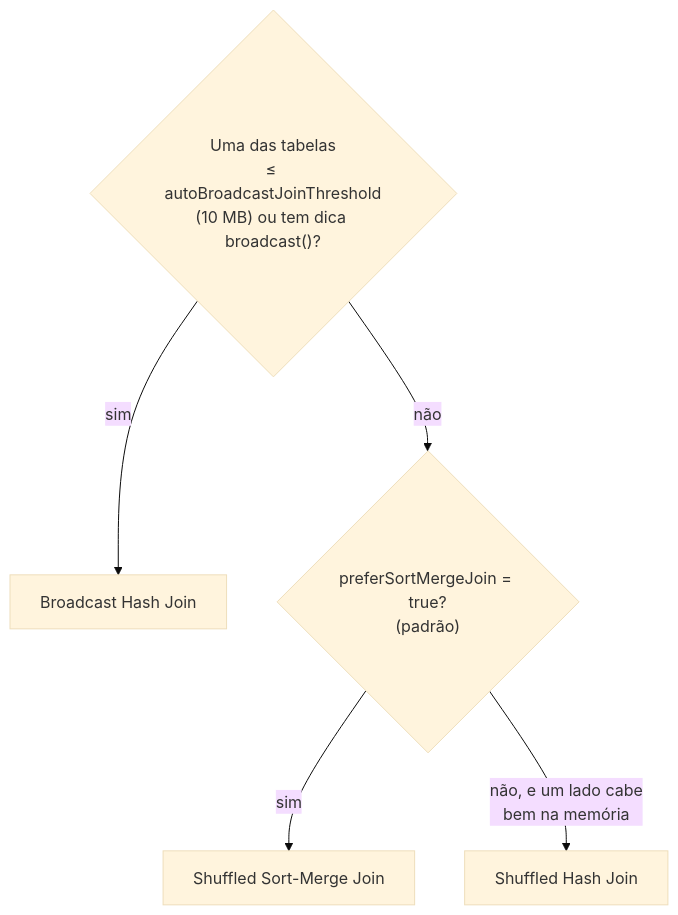
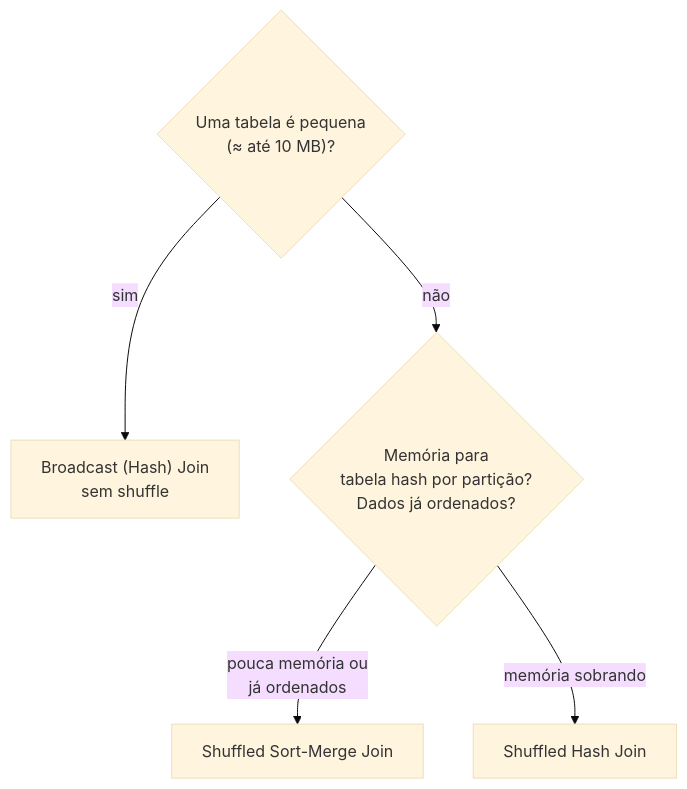
One commit to HerikDR/estudo-comp-escalavel changed the first of 2 diagrams in estudo/12_joins_spark_revisao_prova.md. Above: the diagram before and after it, drawn with Mermaid (base theme). The commit also changed other lines of this file and 10 other files, not shown here.

````diff
--- a/estudo/12_joins_spark_revisao_prova.md
+++ b/estudo/12_joins_spark_revisao_prova.md
@@ -177,8 +33,8 @@
 ```mermaid
 flowchart TB
-    S{"Uma das tabelas<br/>≤ autoBroadcastJoinThreshold<br/>(10 MB) ou tem dica broadcast()?"}
-    S -->|sim| BHJ["Broadcast Hash Join"]
-    S -->|não| P{"preferSortMergeJoin = true?<br/>(padrão)"}
-    P -->|sim| SMJ["Shuffled Sort-Merge Join"]
-    P -->|"não, e um lado cabe<br/>bem na memória"| SHJ["Shuffled Hash Join"]
+    S{"Uma tabela é pequena<br/>(≈ até 10 MB)?"}
+    S -->|sim| BHJ["Broadcast (Hash) Join<br/>sem shuffle"]
+    S -->|não| M{"Memória para<br/>tabela hash por partição?<br/>Dados já ordenados?"}
+    M -->|"pouca memória ou<br/>já ordenados"| SMJ["Shuffled Sort-Merge Join"]
+    M -->|"memória sobrando"| SHJ["Shuffled Hash Join"]
 ```
````
